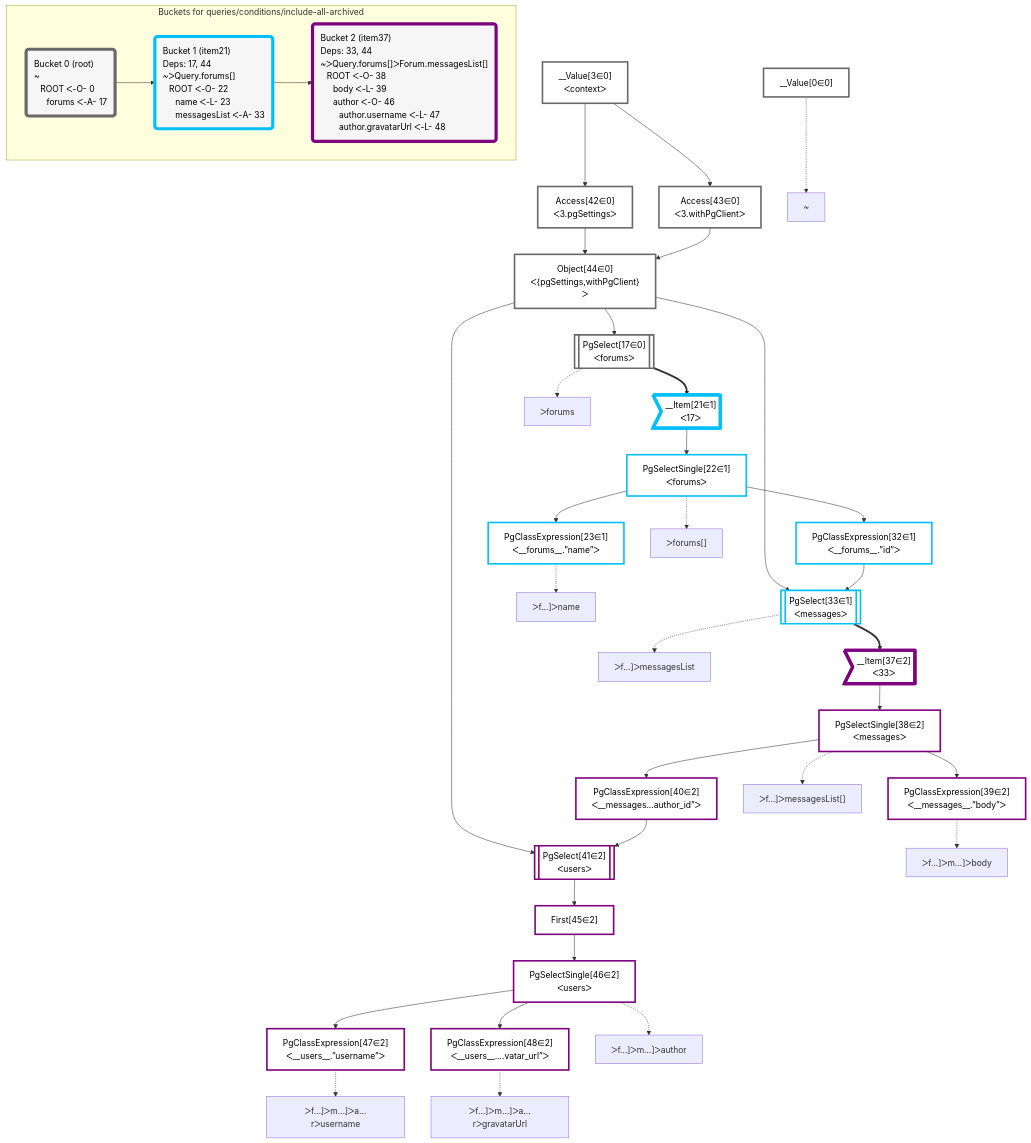
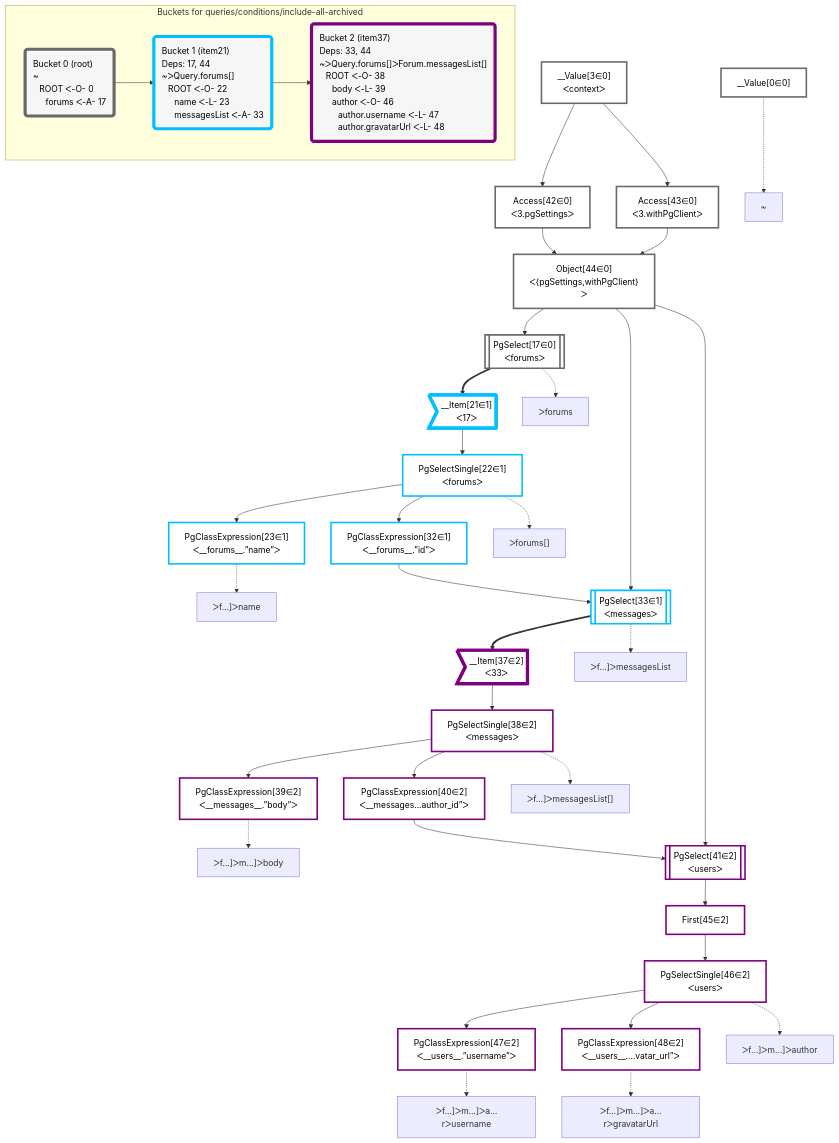
The diagram in packages/dataplan-pg/__tests__/queries/conditions/include-all-archived.deopt.mermaid.md (graphile/crystal), drawn with Mermaid before and after one commit. The commit also changed other lines of this file and 195 other files, not shown here.

Commit message:
Reorder graphs

```diff
--- a/packages/dataplan-pg/__tests__/queries/conditions/include-all-archived.deopt.mermaid.md
+++ b/packages/dataplan-pg/__tests__/queries/conditions/include-all-archived.deopt.mermaid.md
@@ -9,45 +9,45 @@
 
     %% define plans
     __Value0["__Value[0∈0]"]:::plan
+    __Value3["__Value[3∈0]<br />ᐸcontextᐳ"]:::plan
+    Access42["Access[42∈0]<br />ᐸ3.pgSettingsᐳ"]:::plan
+    Access43["Access[43∈0]<br />ᐸ3.withPgClientᐳ"]:::plan
+    Object44["Object[44∈0]<br />ᐸ{pgSettings,withPgClient}ᐳ"]:::plan
+    PgSelect17[["PgSelect[17∈0]<br />ᐸforumsᐳ"]]:::plan
+    __Item21>"__Item[21∈1]<br />ᐸ17ᐳ"]:::itemplan
+    PgSelectSingle22["PgSelectSingle[22∈1]<br />ᐸforumsᐳ"]:::plan
     PgClassExpression23["PgClassExpression[23∈1]<br />ᐸ__forums__.”name”ᐳ"]:::plan
+    PgClassExpression32["PgClassExpression[32∈1]<br />ᐸ__forums__.”id”ᐳ"]:::plan
+    PgSelect33[["PgSelect[33∈1]<br />ᐸmessagesᐳ"]]:::plan
+    __Item37>"__Item[37∈2]<br />ᐸ33ᐳ"]:::itemplan
+    PgSelectSingle38["PgSelectSingle[38∈2]<br />ᐸmessagesᐳ"]:::plan
     PgClassExpression39["PgClassExpression[39∈2]<br />ᐸ__messages__.”body”ᐳ"]:::plan
+    PgClassExpression40["PgClassExpression[40∈2]<br />ᐸ__messages...author_id”ᐳ"]:::plan
+    PgSelect41[["PgSelect[41∈2]<br />ᐸusersᐳ"]]:::plan
+    First45["First[45∈2]"]:::plan
+    PgSelectSingle46["PgSelectSingle[46∈2]<br />ᐸusersᐳ"]:::plan
     PgClassExpression47["PgClassExpression[47∈2]<br />ᐸ__users__.”username”ᐳ"]:::plan
     PgClassExpression48["PgClassExpression[48∈2]<br />ᐸ__users__....vatar_url”ᐳ"]:::plan
-    PgSelectSingle46["PgSelectSingle[46∈2]<br />ᐸusersᐳ"]:::plan
-    First45["First[45∈2]"]:::plan
-    PgSelect41[["PgSelect[41∈2]<br />ᐸusersᐳ"]]:::plan
-    PgClassExpression40["PgClassExpression[40∈2]<br />ᐸ__messages...author_id”ᐳ"]:::plan
-    PgSelectSingle38["PgSelectSingle[38∈2]<br />ᐸmessagesᐳ"]:::plan
-    __Item37>"__Item[37∈2]<br />ᐸ33ᐳ"]:::itemplan
-    PgSelect33[["PgSelect[33∈1]<br />ᐸmessagesᐳ"]]:::plan
-    PgClassExpression32["PgClassExpression[32∈1]<br />ᐸ__forums__.”id”ᐳ"]:::plan
-    PgSelectSingle22["PgSelectSingle[22∈1]<br />ᐸforumsᐳ"]:::plan
-    __Item21>"__Item[21∈1]<br />ᐸ17ᐳ"]:::itemplan
-    PgSelect17[["PgSelect[17∈0]<br />ᐸforumsᐳ"]]:::plan
-    Object44["Object[44∈0]<br />ᐸ{pgSettings,withPgClient}ᐳ"]:::plan
-    Access42["Access[42∈0]<br />ᐸ3.pgSettingsᐳ"]:::plan
-    Access43["Access[43∈0]<br />ᐸ3.withPgClientᐳ"]:::plan
-    __Value3["__Value[3∈0]<br />ᐸcontextᐳ"]:::plan
 
     %% plan dependencies
+    __Value3 --> Access42
+    __Value3 --> Access43
+    Access42 & Access43 --> Object44
+    Object44 --> PgSelect17
+    PgSelect17 ==> __Item21
+    __Item21 --> PgSelectSingle22
     PgSelectSingle22 --> PgClassExpression23
+    PgSelectSingle22 --> PgClassExpression32
+    Object44 & PgClassExpression32 --> PgSelect33
+    PgSelect33 ==> __Item37
+    __Item37 --> PgSelectSingle38
     PgSelectSingle38 --> PgClassExpression39
+    PgSelectSingle38 --> PgClassExpression40
+    Object44 & PgClassExpression40 --> PgSelect41
+    PgSelect41 --> First45
+    First45 --> PgSelectSingle46
     PgSelectSingle46 --> PgClassExpression47
     PgSelectSingle46 --> PgClassExpression48
-    First45 --> PgSelectSingle46
-    PgSelect41 --> First45
-    Object44 & PgClassExpression40 --> PgSelect41
-    PgSelectSingle38 --> PgClassExpression40
-    __Item37 --> PgSelectSingle38
-    PgSelect33 ==> __Item37
-    Object44 & PgClassExpression32 --> PgSelect33
-    PgSelectSingle22 --> PgClassExpression32
-    __Item21 --> PgSelectSingle22
-    PgSelect17 ==> __Item21
-    Object44 --> PgSelect17
-    Access42 & Access43 --> Object44
-    __Value3 --> Access42
-    __Value3 --> Access43
 
     %% plan-to-path relationships
     P0["~"]
```
